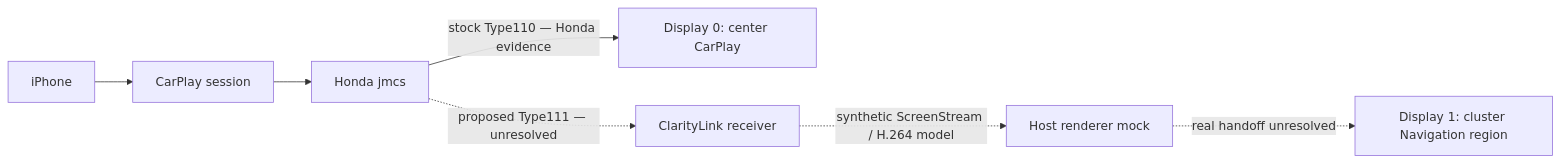
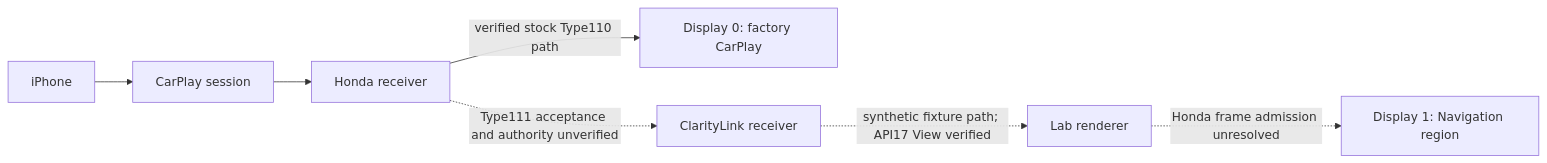
The diagram in README.md (bmreyes25/ClarityLink), drawn with Mermaid before and after one commit. The commit also changed other lines of this file and 28 other files, not shown here.

````diff
--- a/README.md
+++ b/README.md
@@ -32,9 +23,9 @@
 ```mermaid
 flowchart LR
   phone[iPhone] --> session[CarPlay session]
-  session --> jmcs[Honda jmcs]
-  jmcs -->|stock Type110 — Honda evidence| center[Display 0: center CarPlay]
-  jmcs -.->|proposed Type111 — unresolved| receiver[ClarityLink receiver]
-  receiver -.->|synthetic ScreenStream / H.264 model| renderer[Host renderer mock]
-  renderer -.->|real handoff unresolved| cluster[Display 1: cluster Navigation region]
+  session --> jmcs[Honda receiver]
+  jmcs -->|verified stock Type110 path| center[Display 0: factory CarPlay]
+  jmcs -.->|Type111 acceptance and authority unverified| receiver[ClarityLink receiver]
+  receiver -.->|synthetic fixture path; API17 View verified| renderer[Lab renderer]
+  renderer -.->|Honda frame admission unresolved| cluster[Display 1: Navigation region]
 ```
````
